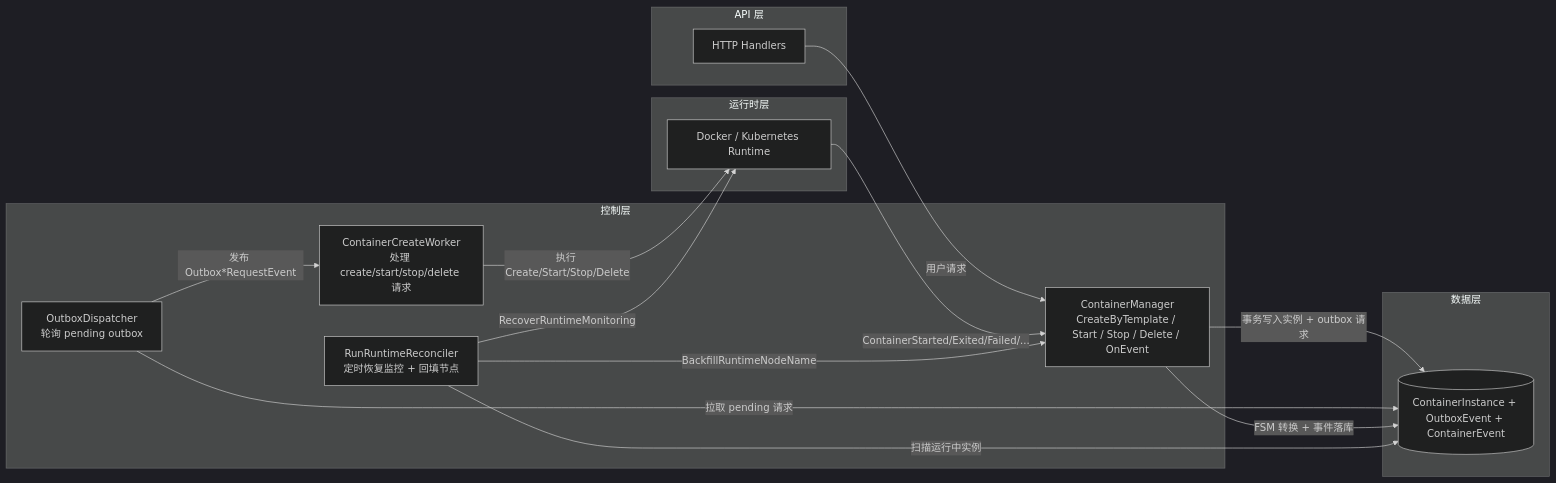
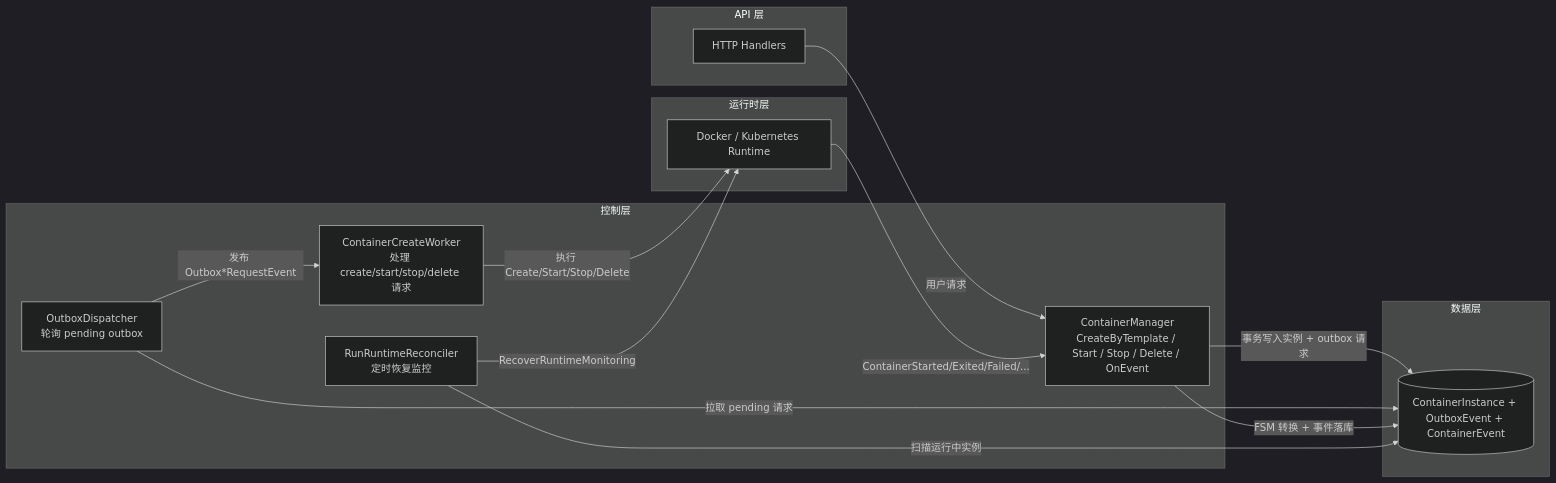
Before and after one commit to gobravedev/gobrave-doc: the first of 4 diagrams in content/zh/docs/container-worker.md, drawn with Mermaid (dark theme). The commit also changed other lines of this file and 1 other file, not shown here.

Commit message:
Refine recovery loop description in container worker documentation

````diff
--- a/content/zh/docs/container-worker.md
+++ b/content/zh/docs/container-worker.md
@@ -25,35 +25,34 @@
 ```mermaid
 flowchart LR
     subgraph API[API 层]
         H[HTTP Handlers]
     end
 
     subgraph Core[控制层]
         M[ContainerManager\nCreateByTemplate / Start / Stop / Delete / OnEvent]
         D[OutboxDispatcher\n轮询 pending outbox]
         W[ContainerCreateWorker\n处理 create/start/stop/delete 请求]
-        R[RunRuntimeReconciler\n定时恢复监控 + 回填节点]
+        R[RunRuntimeReconciler\n定时恢复监控]
     end
 
     subgraph Data[数据层]
         DB[(ContainerInstance + OutboxEvent + ContainerEvent)]
     end
 
     subgraph Runtime[运行时层]
         RT[Docker / Kubernetes Runtime]
     end
 
     H -->|用户请求| M
     M -->|事务写入实例 + outbox 请求| DB
 
     D -->|拉取 pending 请求| DB
     D -->|发布 Outbox*RequestEvent| W
 
     W -->|执行 Create/Start/Stop/Delete| RT
     RT -->|ContainerStarted/Exited/Failed/...| M
     M -->|FSM 转换 + 事件落库| DB
 
     R -->|RecoverRuntimeMonitoring| RT
-    R -->|BackfillRuntimeNodeName| M
     R -->|扫描运行中实例| DB
 ```
````
